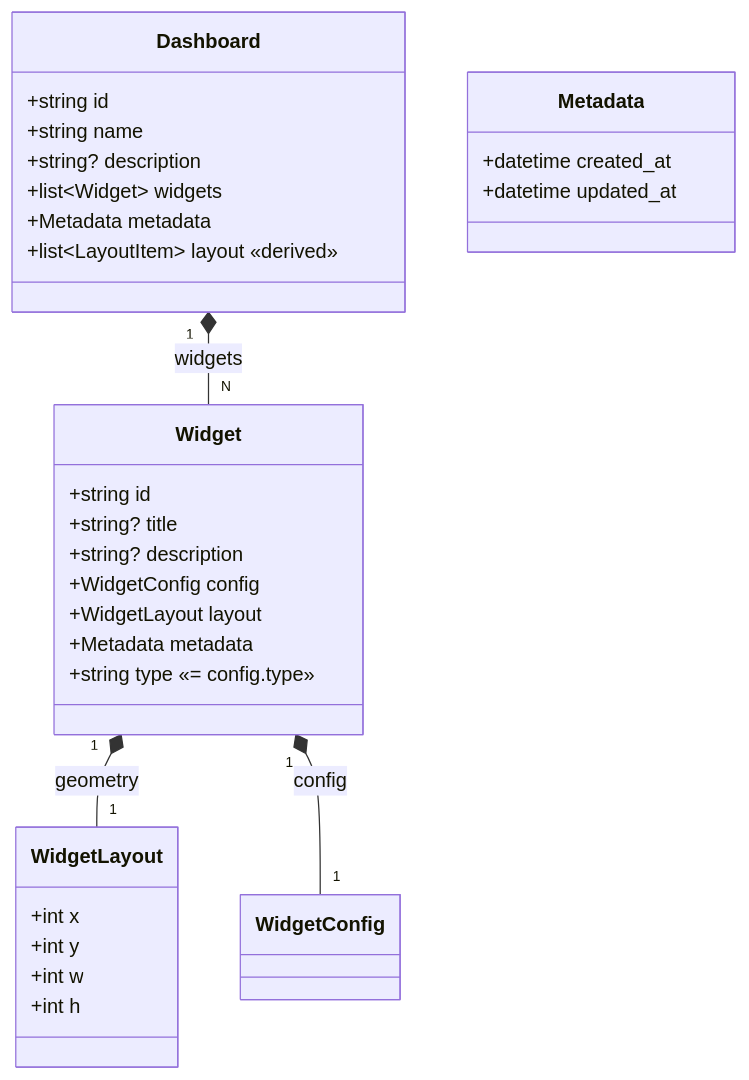
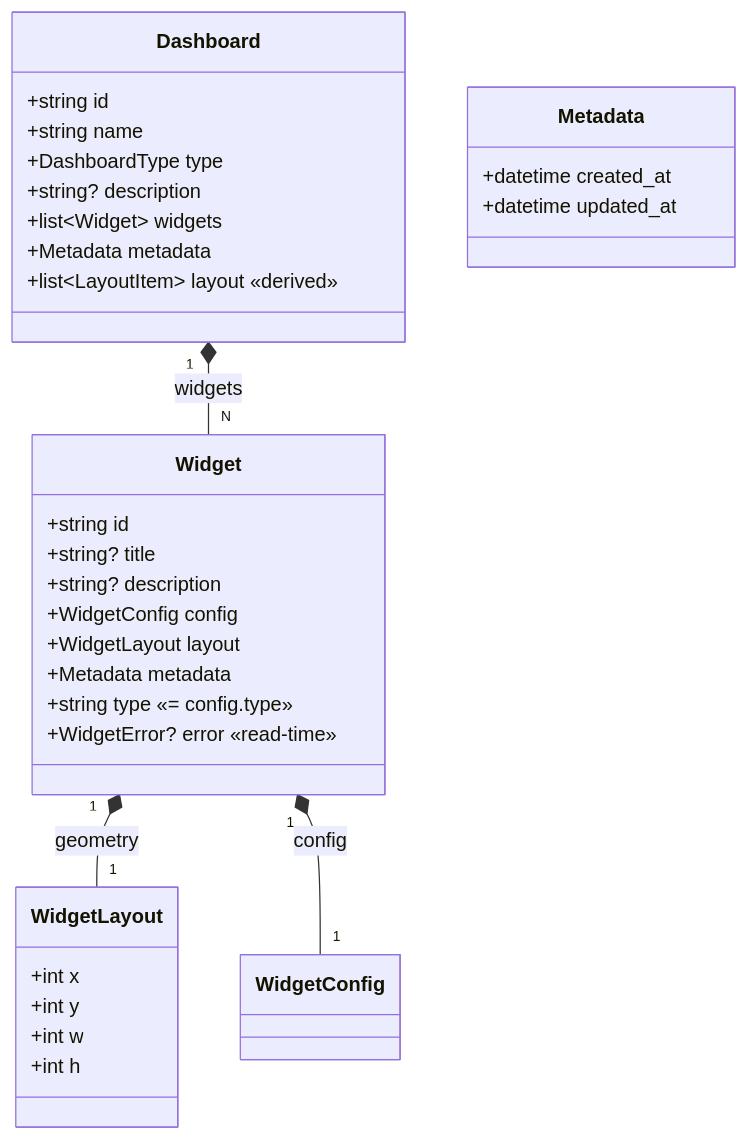
The diagram in packages/dashboards/README.md (Agrid-Dev/gridone), drawn with Mermaid before and after one commit. The commit also changed other lines of this file and 29 other files, not shown here.

First line of the commit message:
feat(dashboards): a dashboard has a type, live or history (AGR-1573) (#778)

````diff
--- a/packages/dashboards/README.md
+++ b/packages/dashboards/README.md
@@ -9,37 +9,39 @@
 ```mermaid
 classDiagram
     class Dashboard {
         +string id
         +string name
+        +DashboardType type
         +string? description
         +list~Widget~ widgets
         +Metadata metadata
         +list~LayoutItem~ layout  «derived»
     }
 
     class Widget {
         +string id
         +string? title
         +string? description
         +WidgetConfig config
         +WidgetLayout layout
         +Metadata metadata
         +string type  «= config.type»
+        +WidgetError? error  «read-time»
     }
 
     class WidgetLayout {
         +int x
         +int y
         +int w
         +int h
     }
 
     class Metadata {
         +datetime created_at
         +datetime updated_at
     }
 
     Dashboard "1" *-- "N" Widget : widgets
     Widget "1" *-- "1" WidgetLayout : geometry
     Widget "1" *-- "1" WidgetConfig : config
 ```
````
